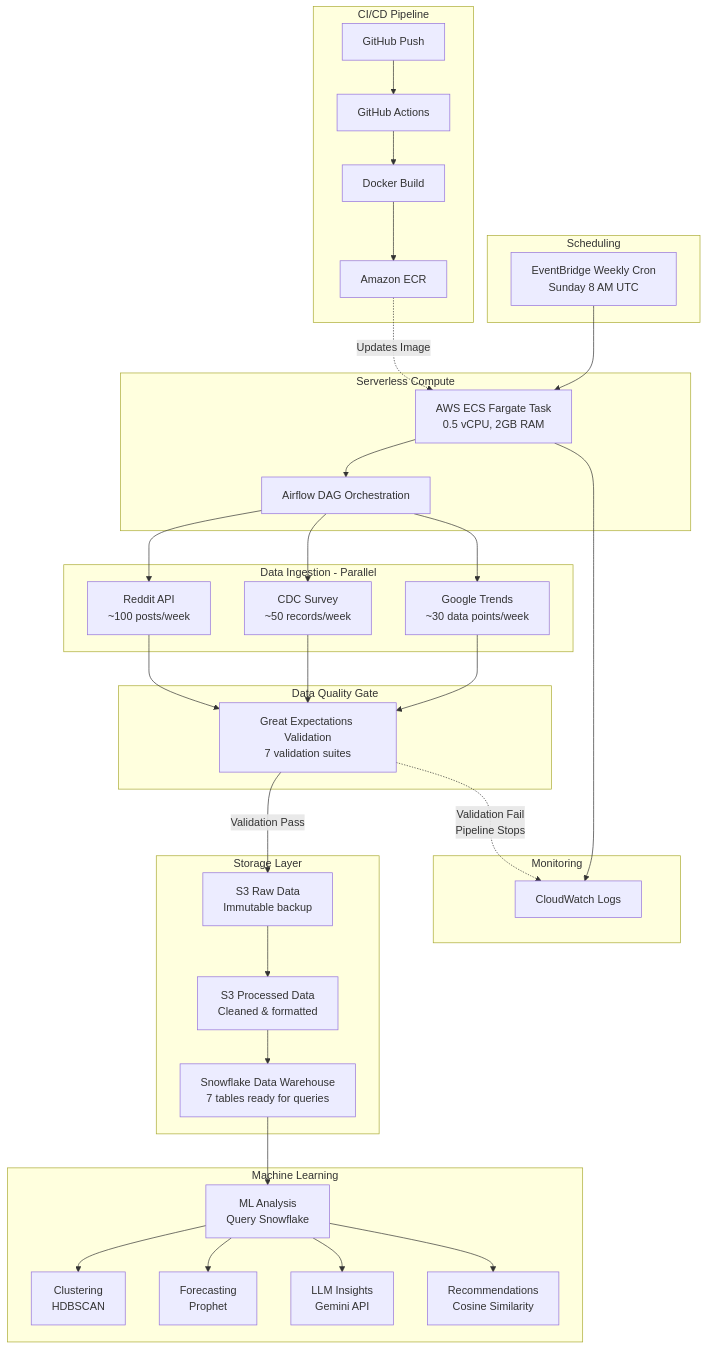
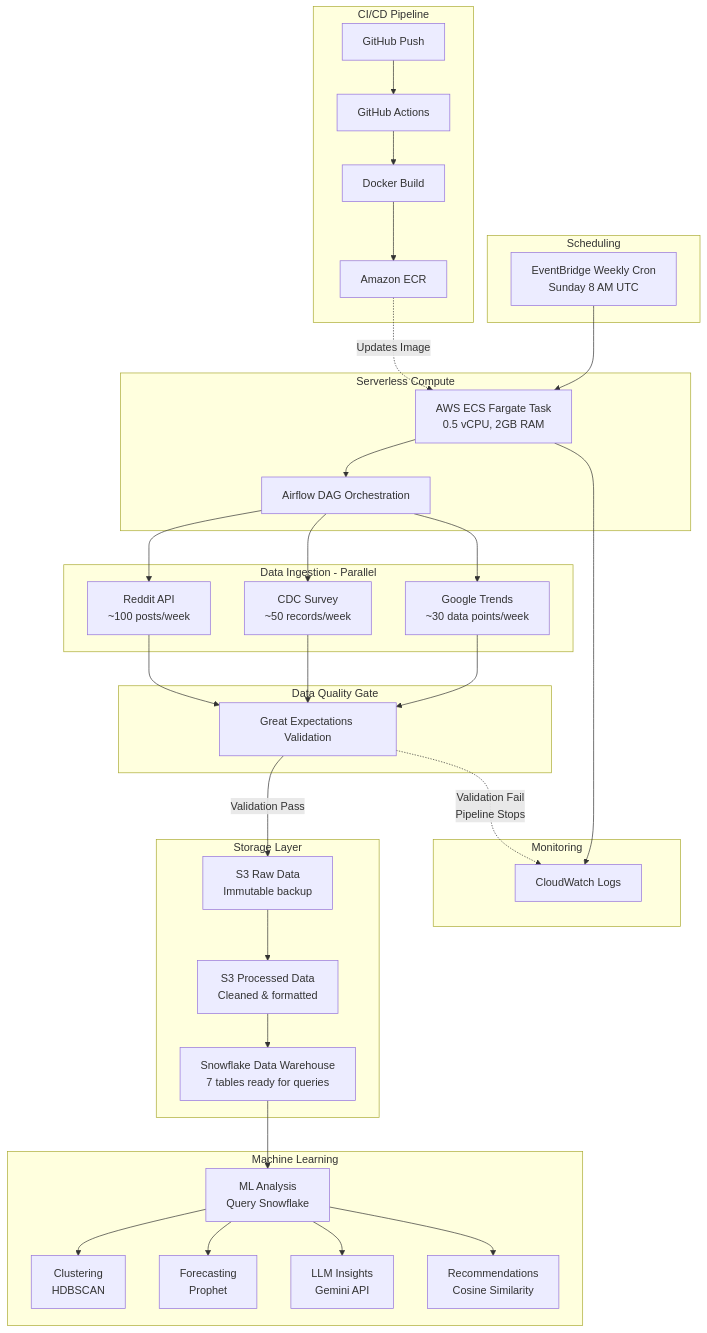
The diagram in README.md (atremante26/Mental_Health_Project), drawn with Mermaid before and after one commit.

````diff
--- a/README.md
+++ b/README.md
@@ -82,75 +82,75 @@
 ```mermaid
 graph TB
     subgraph trigger["Scheduling"]
         A[EventBridge Weekly Cron<br/>Sunday 8 AM UTC]
     end
     
     subgraph compute["Serverless Compute"]
         B[AWS ECS Fargate Task<br/>0.5 vCPU, 2GB RAM]
         C[Airflow DAG Orchestration]
     end
     
     subgraph ingestion["Data Ingestion - Parallel"]
         D1[Reddit API<br/>~100 posts/week]
         D2[CDC Survey<br/>~50 records/week]
         D3[Google Trends<br/>~30 data points/week]
     end
     
     subgraph validation["Data Quality Gate"]
-        E[Great Expectations Validation<br/>7 validation suites]
+        E[Great Expectations Validation]
     end
     
     subgraph storage["Storage Layer"]
         F[S3 Raw Data<br/>Immutable backup]
         G[S3 Processed Data<br/>Cleaned & formatted]
         H[Snowflake Data Warehouse<br/>7 tables ready for queries]
     end
     
     subgraph ml["Machine Learning"]
         I[ML Analysis<br/>Query Snowflake]
         J1[Clustering<br/>HDBSCAN]
         J2[Forecasting<br/>Prophet]
         J3[LLM Insights<br/>Gemini API]
         J4[Recommendations<br/>Cosine Similarity]
     end
     
     subgraph cicd["CI/CD Pipeline"]
         K[GitHub Push]
         L[GitHub Actions]
         M[Docker Build]
         N[Amazon ECR]
     end
     
     subgraph monitoring["Monitoring"]
         O[CloudWatch Logs]
     end
     
     A --> B
     B --> C
     C --> D1
     C --> D2
     C --> D3
     
     D1 --> E
     D2 --> E
     D3 --> E
     
     E -->|Validation Pass| F
     E -.->|Validation Fail<br/>Pipeline Stops| O
     
     F --> G
     G --> H
     
     H --> I
     I --> J1
     I --> J2
     I --> J3
     I --> J4
     
     K --> L
     L --> M
     M --> N
     N -.->|Updates Image| B
     
     B --> O
 ```
````
